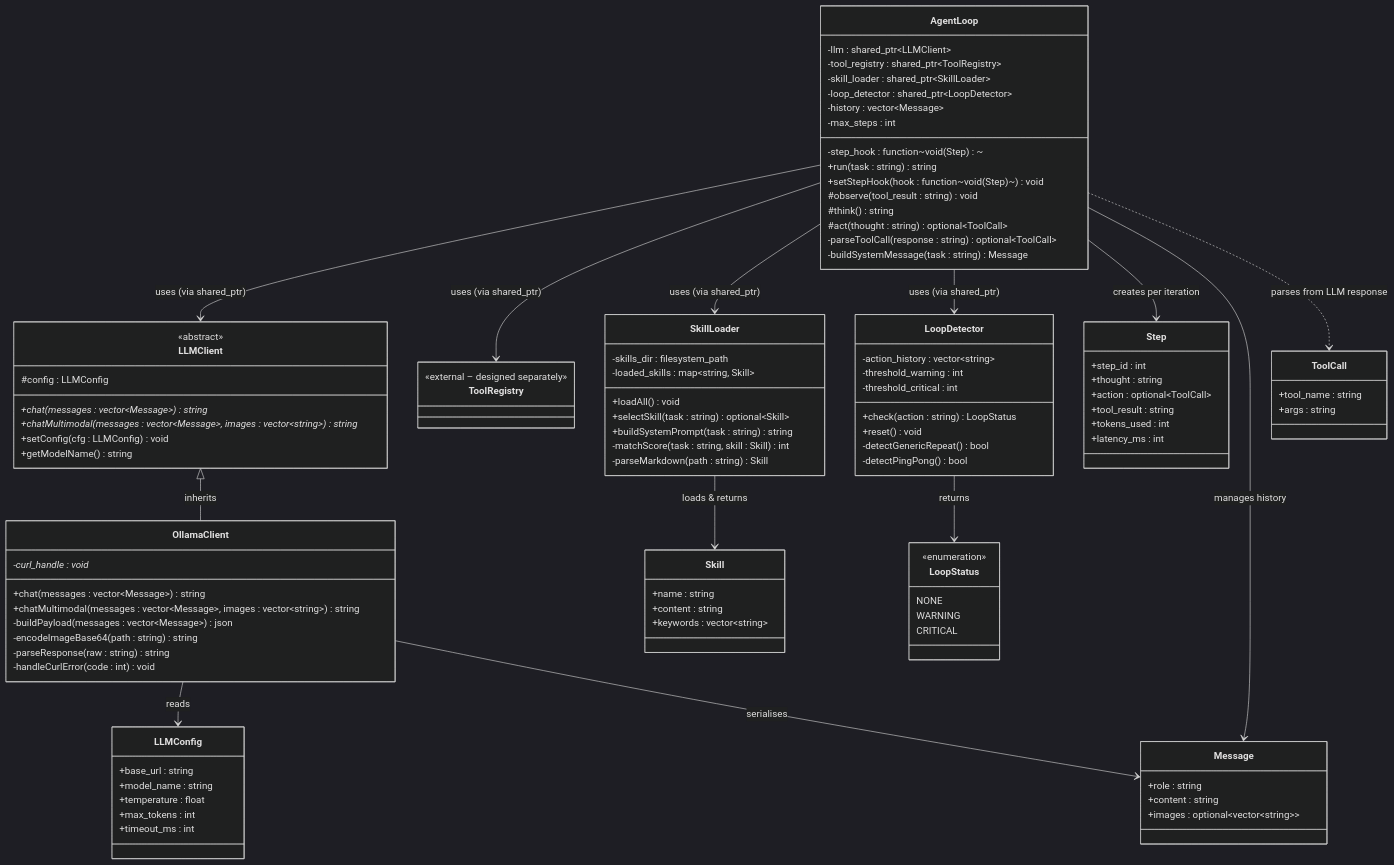
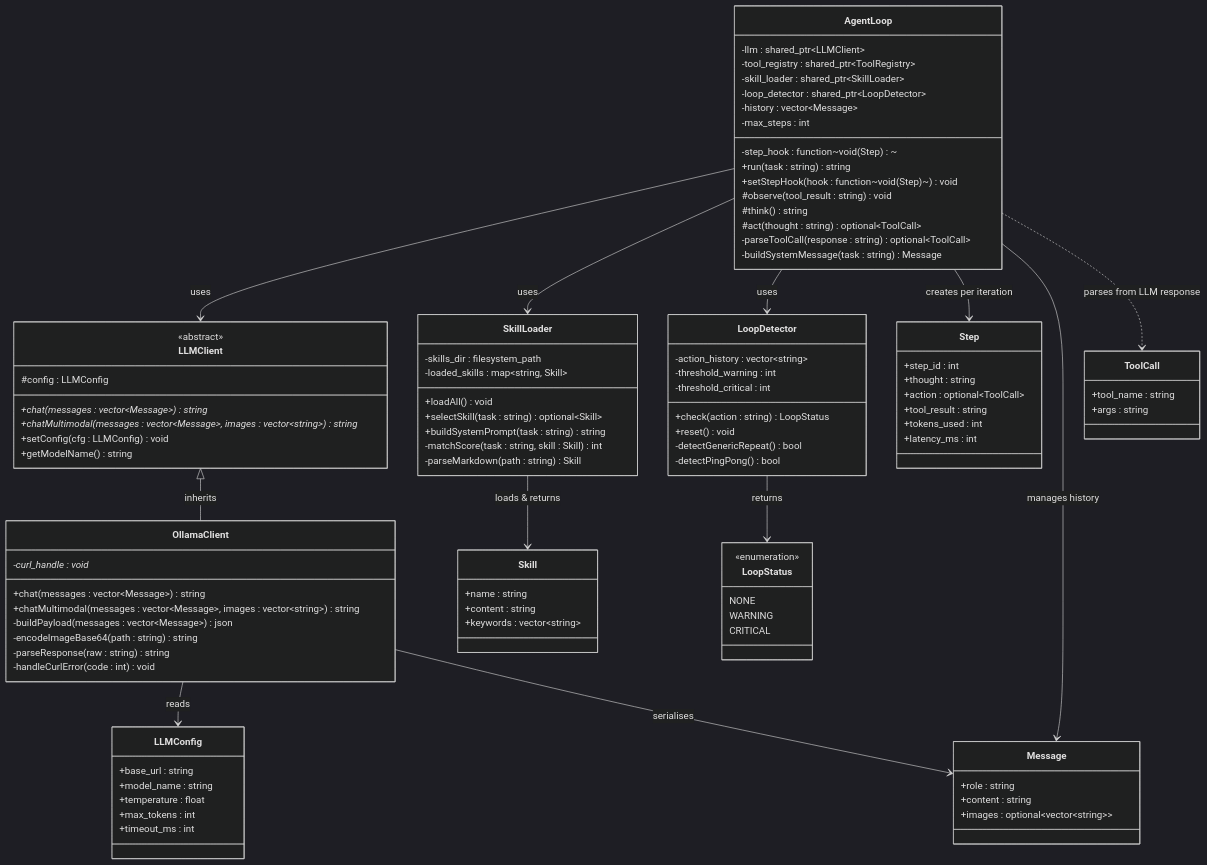
Before and after one commit to Zoto1/AI_Agent-OOP_prj: the diagram in classDiagram_loop.md, drawn with Mermaid (dark theme).

Commit message:
fixing class diagram
Removed ToolRegistry class and updated dependencies.

```diff
--- a/classDiagram_loop.md
+++ b/classDiagram_loop.md
@@ -110,17 +110,11 @@
     }
 
     
-    class ToolRegistry {
-        <<external – designed separately>>
-    }
+   
 
-    
-
-    %% Dependencies
-    AgentLoop --> LLMClient          : uses (via shared_ptr)
-    AgentLoop --> ToolRegistry       : uses (via shared_ptr)
-    AgentLoop --> SkillLoader        : uses (via shared_ptr)
-    AgentLoop --> LoopDetector       : uses (via shared_ptr)
+    AgentLoop --> LLMClient          : uses 
+    AgentLoop --> SkillLoader        : uses 
+    AgentLoop --> LoopDetector       : uses
     AgentLoop --> Step               : creates per iteration
     AgentLoop --> Message            : manages history
     AgentLoop ..> ToolCall           : parses from LLM response
```
